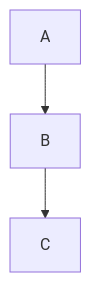
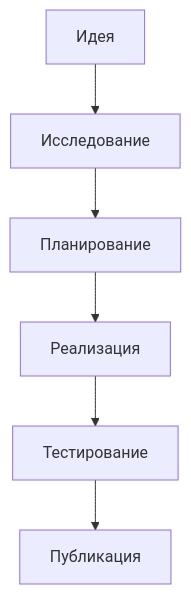
Before and after one commit to DaniilGavrin/mermaid-guide: the first of 12 diagrams in docs/guides/obsidian.md, drawn with Mermaid. The commit also changed other lines of this file and 27 other files, not shown here.

Commit message:
fix: все диаграммы теперь показывают и код, и результат (28 файлов исправлено)

````diff
--- a/docs/guides/obsidian.md
+++ b/docs/guides/obsidian.md
@@ -296,7 +25,8 @@
-   ```mermaid
-   graph TD
-       %% Основной поток
-       A --> B
-       %% Обработка ошибок
-       B --> C
-   ```
+```mermaid
+graph TD
+    A[Идея] --> B[Исследование]
+    B --> C[Планирование]
+    C --> D[Реализация]
+    D --> E[Тестирование]
+    E --> F[Публикация]
+```
````
